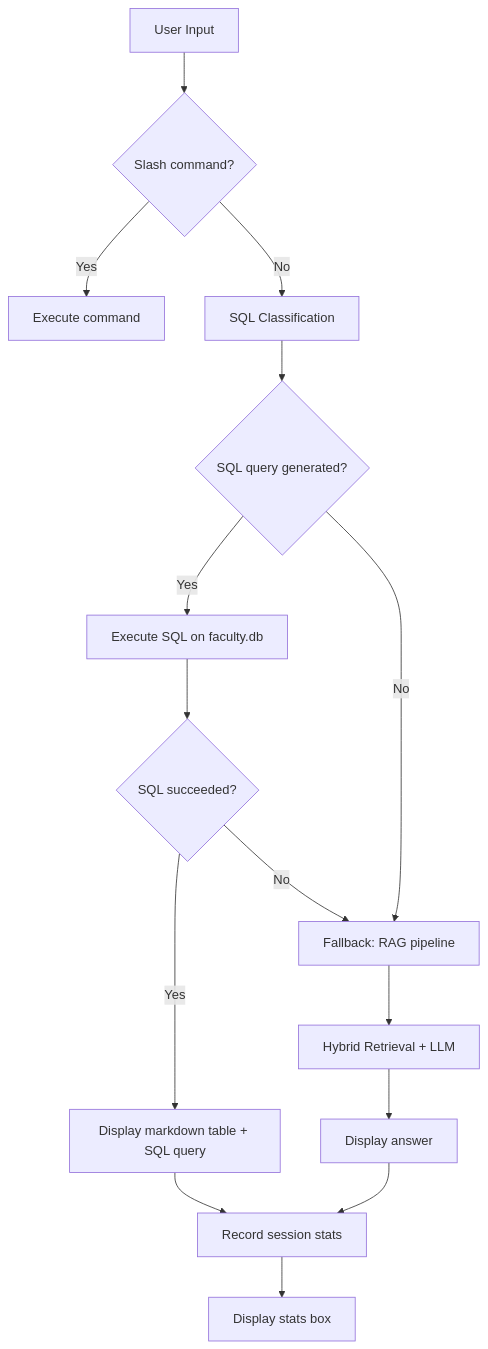
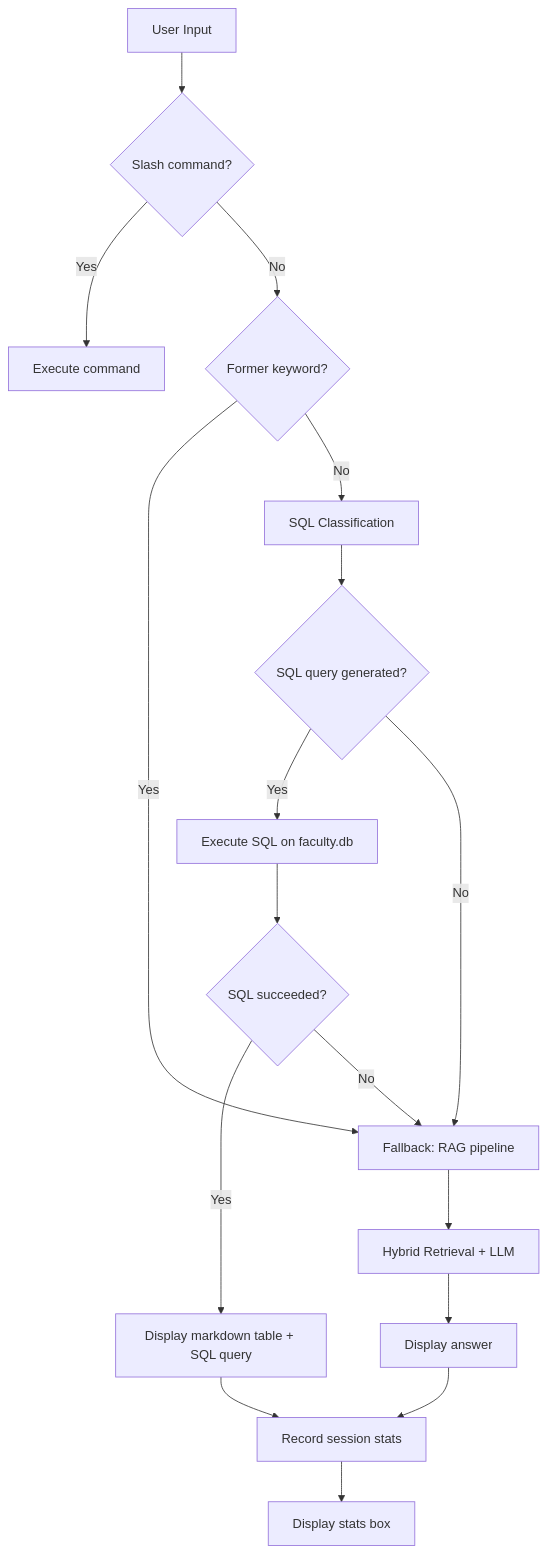
One commit to arxhr007/sahrdaya_ragx changed diagram 15 of 16 in WORKING.md. Above: the diagram before and after it, drawn with Mermaid. The commit also changed other lines of this file and 6 other files, not shown here.

Commit message:
feat: former people SQL table, routing, and docs updates

````diff
--- a/WORKING.md
+++ b/WORKING.md
@@ -749,17 +827,19 @@
 ```mermaid
 flowchart TD
     A[User Input] --> B{Slash command?}
     B -->|Yes| C[Execute command]
-    B -->|No| D[SQL Classification]
+    B -->|No| FM{Former keyword?}
+    FM -->|Yes| I
+    FM -->|No| D[SQL Classification]
     D --> E{SQL query generated?}
     E -->|Yes| F[Execute SQL on faculty.db]
     F --> G{SQL succeeded?}
     G -->|Yes| H[Display markdown table + SQL query]
     G -->|No| I["Fallback: RAG pipeline"]
     E -->|No| I
     I --> J[Hybrid Retrieval + LLM]
     J --> K[Display answer]
     H --> L[Record session stats]
     K --> L
     L --> M[Display stats box]
 ```
````
